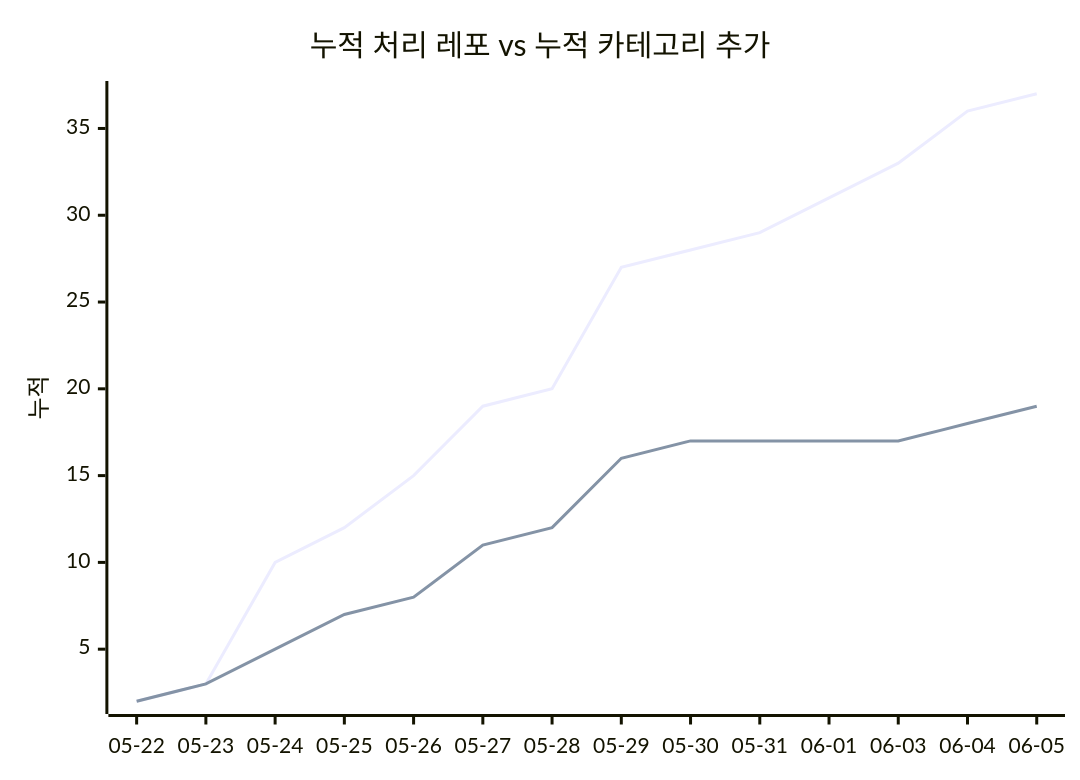
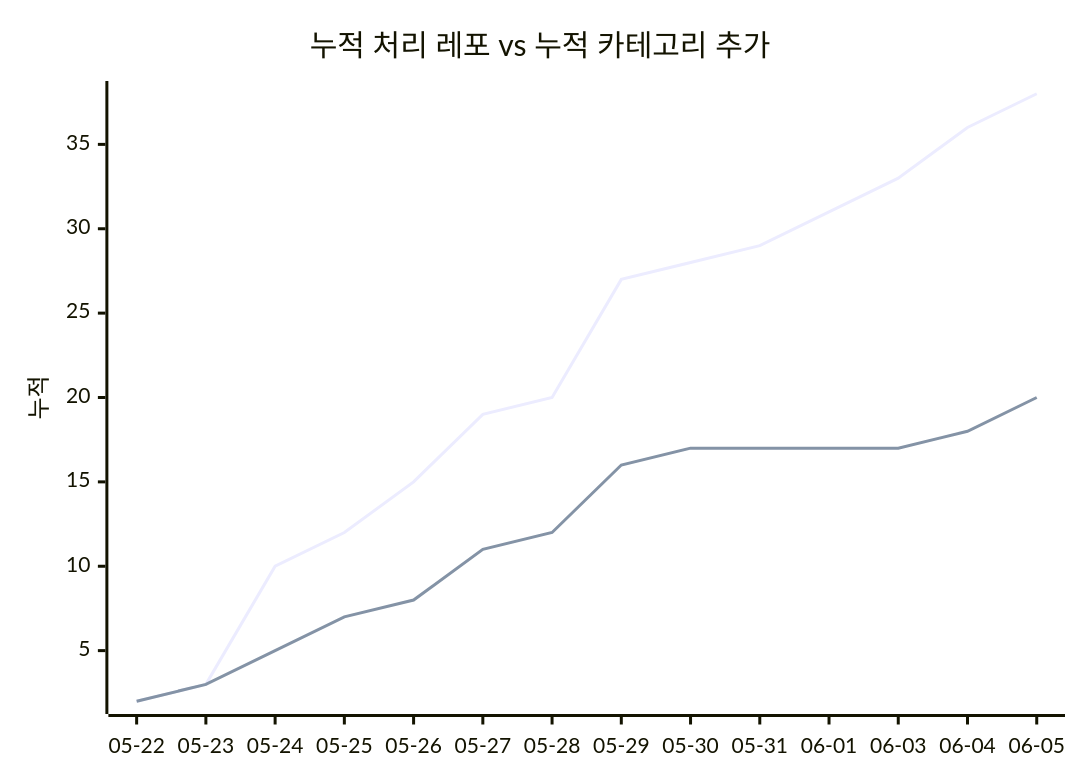
The second of 2 diagrams in docs/trends.md (J-nowcow/awesome-korean-agent-skills), drawn with Mermaid before and after one commit. The commit also changed other lines of this file and 3 other files, not shown here.

````diff
--- a/docs/trends.md
+++ b/docs/trends.md
@@ -68,8 +68,8 @@
 ```mermaid
 xychart-beta
     title "누적 처리 레포 vs 누적 카테고리 추가"
     x-axis ["05-22","05-23","05-24","05-25","05-26","05-27","05-28","05-29","05-30","05-31","06-01","06-03","06-04","06-05"]
     y-axis "누적"
-    line [2,3,10,12,15,19,20,27,28,29,31,33,36,37]
-    line [2,3,5,7,8,11,12,16,17,17,17,17,18,19]
+    line [2,3,10,12,15,19,20,27,28,29,31,33,36,38]
+    line [2,3,5,7,8,11,12,16,17,17,17,17,18,20]
 ```
````
